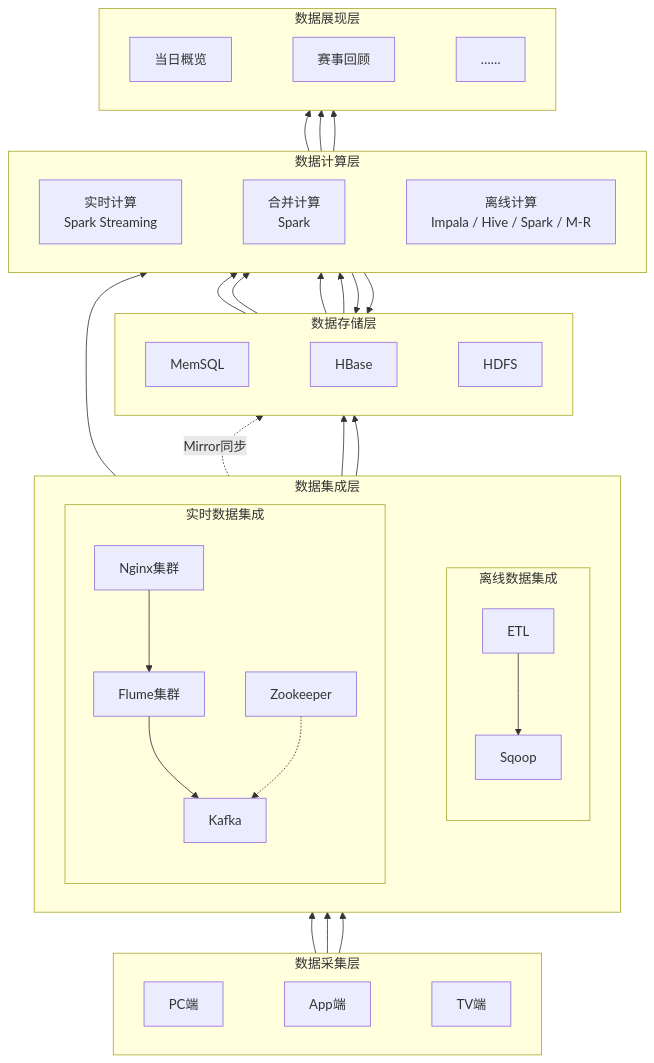
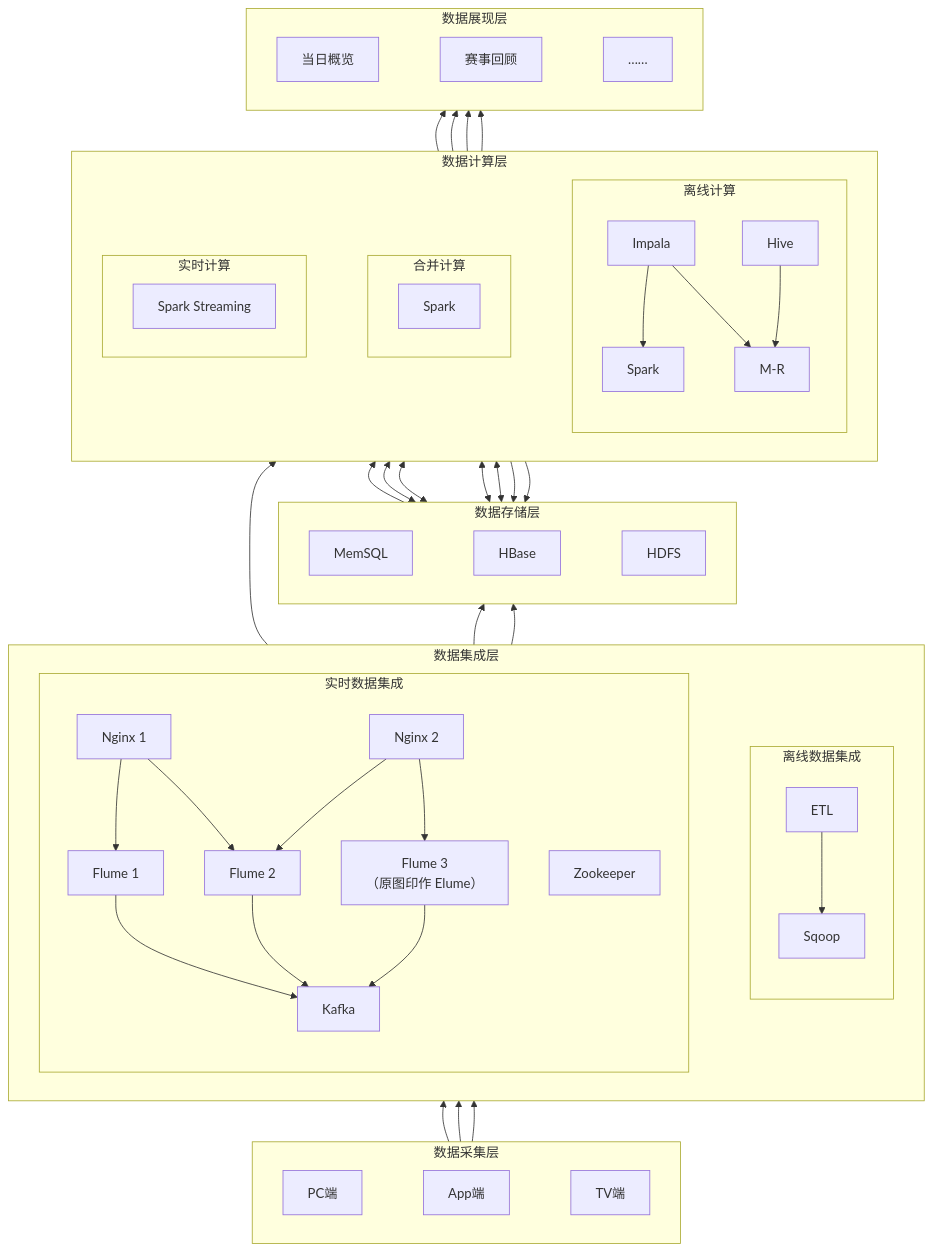
Before and after one commit to YoungHong1992/ruankao-senior-architecture-designer: diagram 13 of 16 in 01.系统架构设计师教材-清洗版/第19章-大数据架构设计理论与实践.md, drawn with Mermaid. The commit also changed other lines of this file and 14 other files, not shown here.

Commit message:
fix: restore source-backed diagrams and exam variants

````diff
--- a/01.系统架构设计师教材-清洗版/第19章-大数据架构设计理论与实践.md
+++ b/01.系统架构设计师教材-清洗版/第19章-大数据架构设计理论与实践.md
@@ -578,10 +578,23 @@
     end
     subgraph COMPUTE["数据计算层"]
         direction LR
-        STREAM["实时计算<br/>Spark Streaming"]
-        MERGE["合并计算<br/>Spark"]
-        OFFLINE["离线计算<br/>Impala / Hive / Spark / M-R"]
-        STREAM ~~~ MERGE ~~~ OFFLINE
+        subgraph STREAMING["实时计算"]
+            STREAM["Spark Streaming"]
+        end
+        subgraph MERGING["合并计算"]
+            MERGE["Spark"]
+        end
+        subgraph OFFLINE["离线计算"]
+            direction TB
+            IMPALA["Impala"]
+            HIVE["Hive"]
+            OSPARK["Spark"]
+            MR["M-R"]
+            IMPALA --> OSPARK
+            IMPALA --> MR
+            HIVE --> MR
+        end
+        STREAMING ~~~ MERGING ~~~ OFFLINE
     end
     subgraph STORE["数据存储层"]
         direction LR
@@ -594,8 +607,21 @@
         direction LR
         subgraph REALTIME["实时数据集成"]
             direction TB
-            NGINX["Nginx集群"] --> FLUME["Flume集群"] --> KAFKA["Kafka"]
-            ZK["Zookeeper"] -.-> KAFKA
+            KAFKA["Kafka"]
+            ZK["Zookeeper"]
+            FLUME1["Flume 1"]
+            FLUME2["Flume 2"]
+            FLUME3["Flume 3<br/>（原图印作 Elume）"]
+            NGINX1["Nginx 1"]
+            NGINX2["Nginx 2"]
+            NGINX1 --> FLUME1
+            NGINX1 --> FLUME2
+            NGINX2 --> FLUME2
+            NGINX2 --> FLUME3
+            FLUME1 --> KAFKA
+            FLUME2 --> KAFKA
+            FLUME3 --> KAFKA
+            ZK ~~~ KAFKA
         end
         subgraph BATCH["离线数据集成"]
             direction TB
@@ -609,21 +635,22 @@
         TV["TV端"]
         PC ~~~ APP ~~~ TV
     end
-    PC --> NGINX
-    APP --> NGINX
+    PC --> NGINX1
+    APP --> NGINX2
     TV --> ETL
     KAFKA ~~~ SQOOP
     KAFKA --> STREAM
-    KAFKA -. "Mirror同步" .-> HBASE
     SQOOP --> HBASE
     SQOOP --> HDFS
     STREAM --> MEMSQL
-    STREAM --> HBASE
     MEMSQL --> MERGE
-    HBASE --> MERGE
-    HBASE --> OFFLINE
-    HDFS --> OFFLINE
+    MERGE --> HBASE
+    HBASE <--> OSPARK
+    HBASE <--> MR
+    HDFS <--> OSPARK
+    HDFS <--> MR
     STREAM --> TODAY
     MERGE --> TODAY
-    OFFLINE --> REVIEW
+    OSPARK --> REVIEW
+    MR --> REVIEW
 ```
````
